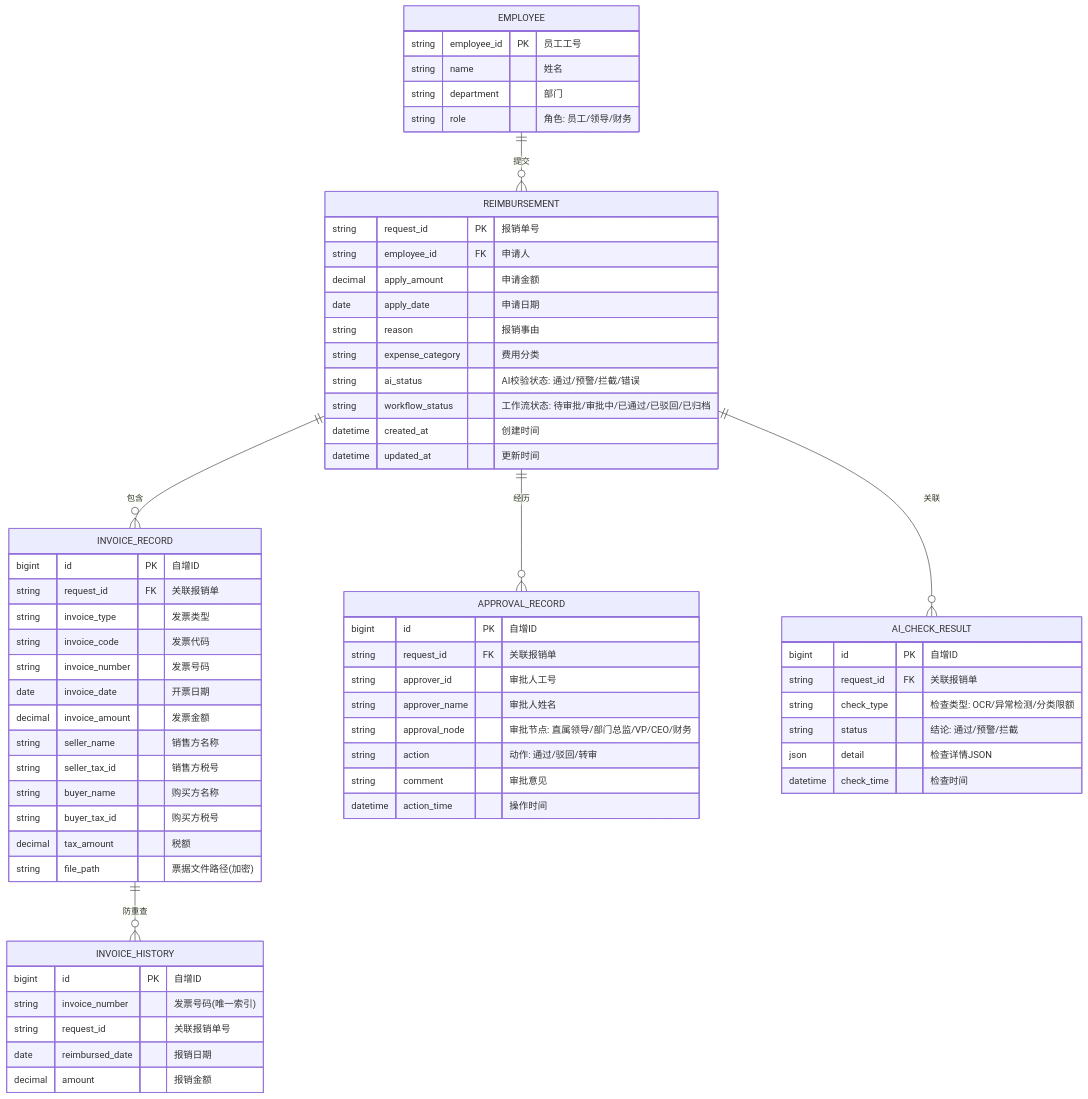
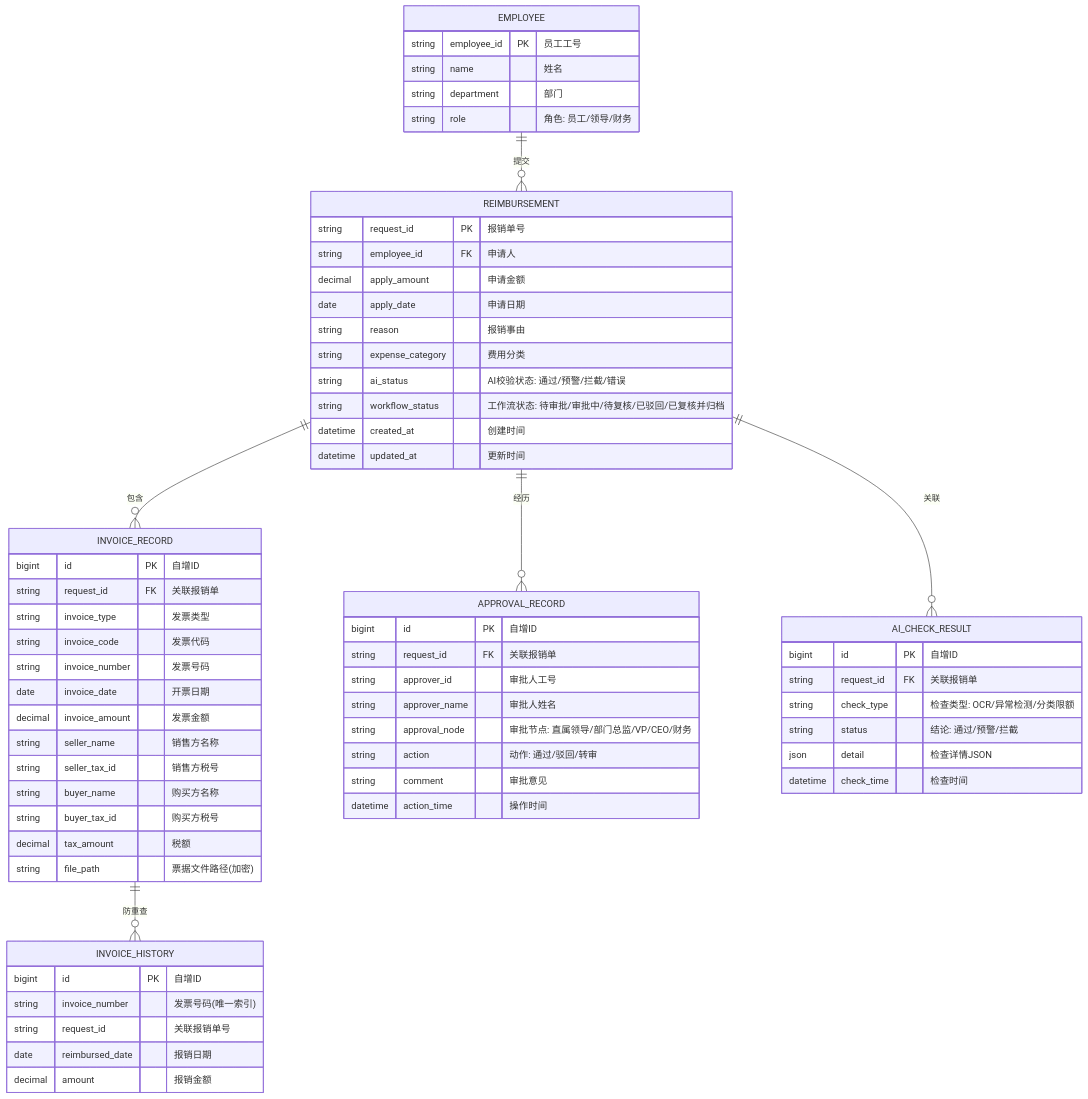
One commit to nickluo2026/OA-Reimbursement-AIAgent changed the third of 5 diagrams in docs/design.md. Above: the diagram before and after it, drawn with Mermaid. The commit also changed other lines of this file and 20 other files, not shown here.

````diff
--- a/docs/design.md
+++ b/docs/design.md
@@ -653,72 +653,72 @@
 ```mermaid
 erDiagram
     EMPLOYEE ||--o{ REIMBURSEMENT : "提交"
     REIMBURSEMENT ||--o{ INVOICE_RECORD : "包含"
     REIMBURSEMENT ||--o{ APPROVAL_RECORD : "经历"
     REIMBURSEMENT ||--o{ AI_CHECK_RESULT : "关联"
     INVOICE_RECORD ||--o{ INVOICE_HISTORY : "防重查"
 
     EMPLOYEE {
         string employee_id PK "员工工号"
         string name "姓名"
         string department "部门"
         string role "角色: 员工/领导/财务"
     }
 
     REIMBURSEMENT {
         string request_id PK "报销单号"
         string employee_id FK "申请人"
         decimal apply_amount "申请金额"
         date apply_date "申请日期"
         string reason "报销事由"
         string expense_category "费用分类"
         string ai_status "AI校验状态: 通过/预警/拦截/错误"
-        string workflow_status "工作流状态: 待审批/审批中/已通过/已驳回/已归档"
+        string workflow_status "工作流状态: 待审批/审批中/待复核/已驳回/已复核并归档"
         datetime created_at "创建时间"
         datetime updated_at "更新时间"
     }
 
     INVOICE_RECORD {
         bigint id PK "自增ID"
         string request_id FK "关联报销单"
         string invoice_type "发票类型"
         string invoice_code "发票代码"
         string invoice_number "发票号码"
         date invoice_date "开票日期"
         decimal invoice_amount "发票金额"
         string seller_name "销售方名称"
         string seller_tax_id "销售方税号"
         string buyer_name "购买方名称"
         string buyer_tax_id "购买方税号"
         decimal tax_amount "税额"
         string file_path "票据文件路径(加密)"
     }
 
     INVOICE_HISTORY {
         bigint id PK "自增ID"
         string invoice_number "发票号码(唯一索引)"
         string request_id "关联报销单号"
         date reimbursed_date "报销日期"
         decimal amount "报销金额"
     }
 
     APPROVAL_RECORD {
         bigint id PK "自增ID"
         string request_id FK "关联报销单"
         string approver_id "审批人工号"
         string approver_name "审批人姓名"
         string approval_node "审批节点: 直属领导/部门总监/VP/CEO/财务"
         string action "动作: 通过/驳回/转审"
         string comment "审批意见"
         datetime action_time "操作时间"
     }
 
     AI_CHECK_RESULT {
         bigint id PK "自增ID"
         string request_id FK "关联报销单"
         string check_type "检查类型: OCR/异常检测/分类限额"
         string status "结论: 通过/预警/拦截"
         json detail "检查详情JSON"
         datetime check_time "检查时间"
     }
 ```
````
